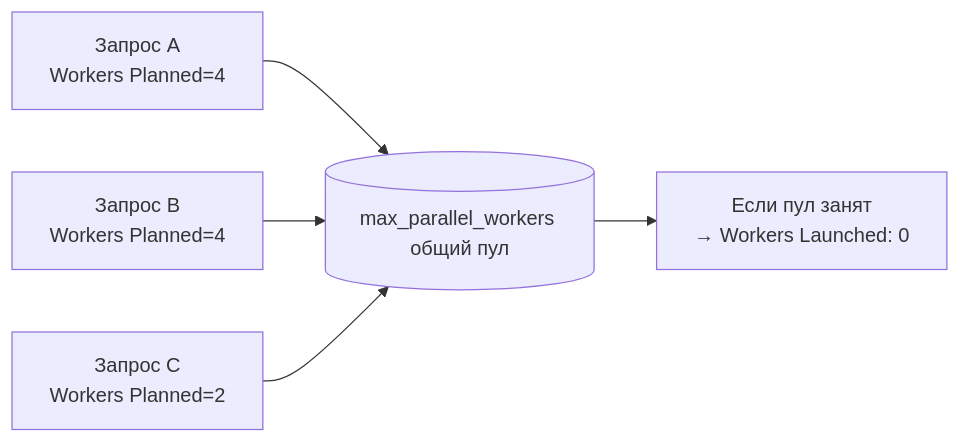
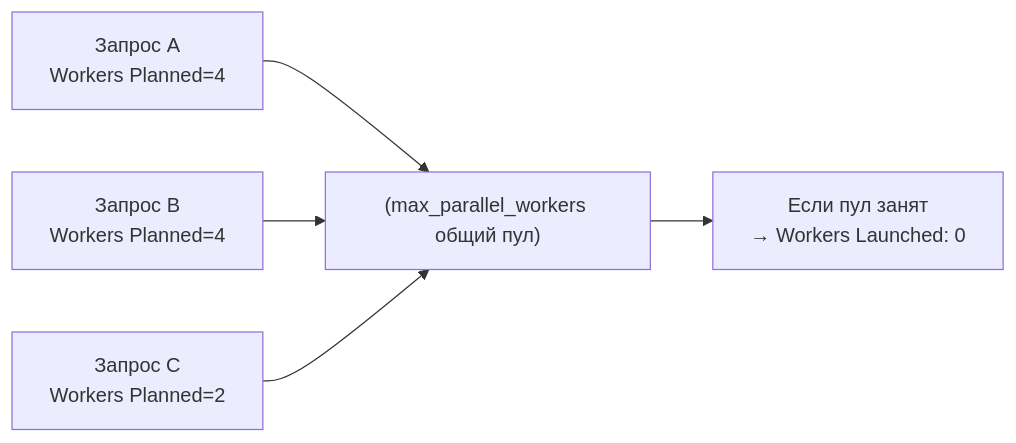
One commit to DDoSKudya/ai-study-atlas changed the second of 4 diagrams in directions/cs_fundamentals/db/pact/07_optimizatsiya_zaprosov/06_41_nastrojka.md. Above: the diagram before and after it, drawn with Mermaid. The commit also changed other lines of this file and 322 other files, not shown here.

Commit message:
fix(docs): make mermaid diagrams GitHub-compatible across directions content

````diff
--- a/directions/cs_fundamentals/db/pact/07_optimizatsiya_zaprosov/06_41_nastrojka.md
+++ b/directions/cs_fundamentals/db/pact/07_optimizatsiya_zaprosov/06_41_nastrojka.md
@@ -96,7 +96,7 @@
 ```mermaid
 flowchart LR
-  Q1[Запрос A\nWorkers Planned=4] --> Pool[(max_parallel_workers общий пул)]
-  Q2[Запрос B\nWorkers Planned=4] --> Pool
-  Q3[Запрос C\nWorkers Planned=2] --> Pool
-  Pool --> L0[Если пул занят\n→ Workers Launched: 0]
+  Q1["Запрос A\nWorkers Planned=4"] --> Pool["(max_parallel_workers общий пул)"]
+  Q2["Запрос B\nWorkers Planned=4"] --> Pool
+  Q3["Запрос C\nWorkers Planned=2"] --> Pool
+  Pool --> L0["Если пул занят\n→ Workers Launched: 0"]
 ```
````
